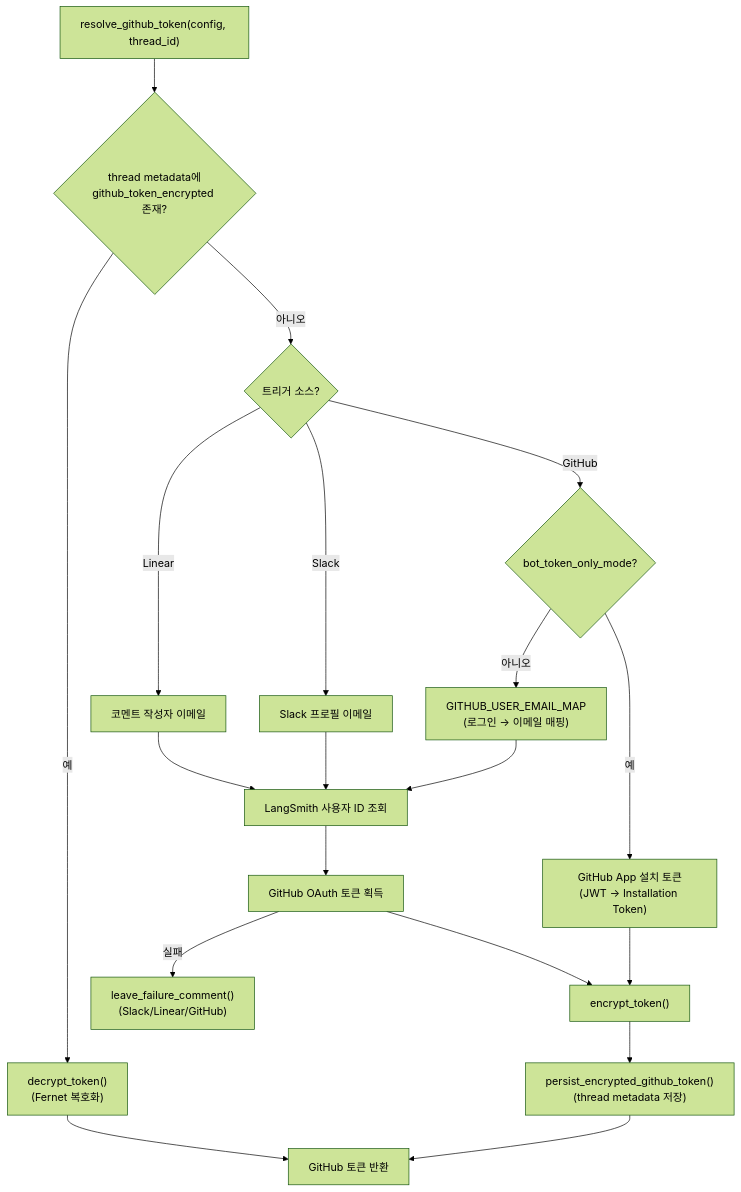
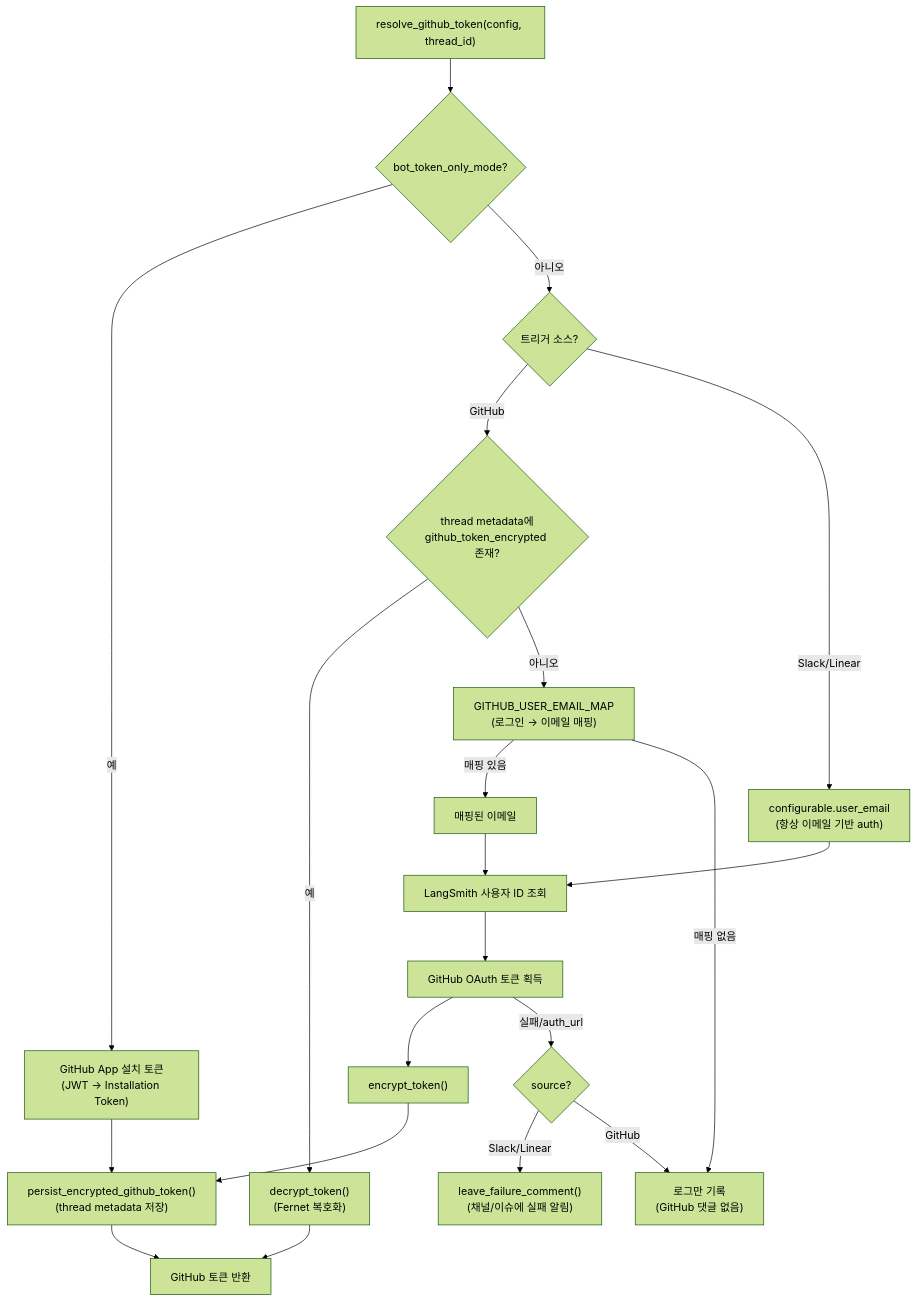
One commit to kimchanhyung98/agentic-workflows changed the ninth of 9 diagrams in docs/open-swe/00-diagram.md. Above: the diagram before and after it, drawn with Mermaid (forest theme). The commit also changed other lines of this file and 2 other files, not shown here.

Commit message:
docs(open-swe): reformat tables and update env vars
Reformat and reflow markdown in docs/open-swe to improve table layout and readability. Clarify that webapp does not directly modify the store and that LangGraph runtime performs sandboxed operations. Update middleware wording (more detail for open_pr_if_needed) and strengthen access control description to note that only users in GITHUB_USER_EMAIL_MAP can invoke the agent, with external quotes wrapped to prevent prompt injection. Expand LangSmith-related env vars (add LANGSMITH_URL_PROD, LANGSMITH_TENANT_ID_PROD, LANGSMITH_TRACING_PROJECT_ID_PROD) and make minor spacing/wording fixes; also add an external intro link.

````diff
--- a/docs/open-swe/00-diagram.md
+++ b/docs/open-swe/00-diagram.md
@@ -330,30 +330,30 @@
 ```mermaid
 flowchart TD
     START["resolve_github_token(config, thread_id)"]
-    START --> META{"thread metadata에<br/>github_token_encrypted 존재?"}
+    START --> BOT{"bot_token_only_mode?"}
 
+    BOT -->|예| APP["GitHub App 설치 토큰<br/>(JWT → Installation Token)"]
+    APP --> PERSIST["persist_encrypted_github_token()<br/>(thread metadata 저장)"]
+    PERSIST --> DONE["GitHub 토큰 반환"]
+
+    BOT -->|아니오| SRC{"트리거 소스?"}
+
+    SRC -->|GitHub| META{"thread metadata에<br/>github_token_encrypted 존재?"}
     META -->|예| DECRYPT["decrypt_token()<br/>(Fernet 복호화)"]
-    DECRYPT --> DONE["GitHub 토큰 반환"]
+    DECRYPT --> DONE
+    META -->|아니오| MAP["GITHUB_USER_EMAIL_MAP<br/>(로그인 → 이메일 매핑)"]
+    MAP -->|매핑 있음| EMAIL_G["매핑된 이메일"]
+    MAP -->|매핑 없음| FAIL_G["로그만 기록<br/>(GitHub 댓글 없음)"]
 
-    META -->|아니오| SRC{"트리거 소스?"}
+    SRC -->|Slack/Linear| EMAIL_U["configurable.user_email<br/>(항상 이메일 기반 auth)"]
 
-    SRC -->|Linear| EMAIL_L["코멘트 작성자 이메일"]
-    SRC -->|Slack| EMAIL_S["Slack 프로필 이메일"]
-    SRC -->|GitHub| GH_CHECK{"bot_token_only_mode?"}
-
-    EMAIL_L --> LS["LangSmith 사용자 ID 조회"]
-    EMAIL_S --> LS
-
+    EMAIL_G --> LS["LangSmith 사용자 ID 조회"]
+    EMAIL_U --> LS
     LS --> OAUTH["GitHub OAuth 토큰 획득"]
     OAUTH --> ENC["encrypt_token()"]
+    ENC --> PERSIST
 
-    GH_CHECK -->|예| APP["GitHub App 설치 토큰<br/>(JWT → Installation Token)"]
-    GH_CHECK -->|아니오| MAP["GITHUB_USER_EMAIL_MAP<br/>(로그인 → 이메일 매핑)"]
-    MAP --> LS
-
-    APP --> ENC
-    ENC --> PERSIST["persist_encrypted_github_token()<br/>(thread metadata 저장)"]
-    PERSIST --> DONE
-
-    OAUTH -->|실패| FAIL["leave_failure_comment()<br/>(Slack/Linear/GitHub)"]
+    OAUTH -->|실패/auth_url| FAIL_SRC{"source?"}
+    FAIL_SRC -->|Slack/Linear| FAIL_SL["leave_failure_comment()<br/>(채널/이슈에 실패 알림)"]
+    FAIL_SRC -->|GitHub| FAIL_G
 ```
````
